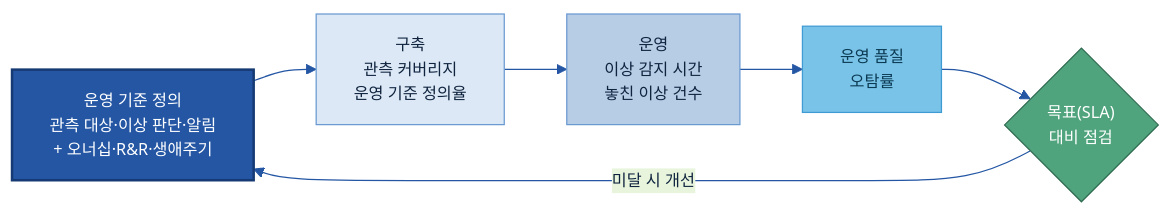
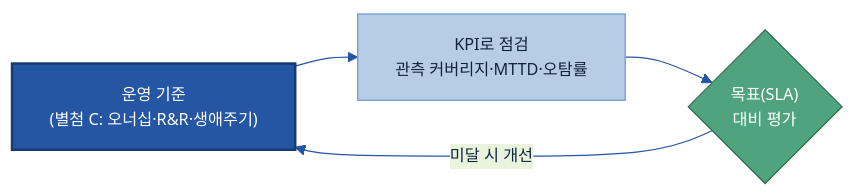
The fifth of 5 diagrams in 가이드 작성/C-1 Observability/C-1 Observability.md (jin-kearney/ai-ready-data-manual), drawn with Mermaid before and after one commit. The commit also changed other lines of this file and 3 other files, not shown here.

````diff
--- a/가이드 작성/C-1 Observability/C-1 Observability.md
+++ b/가이드 작성/C-1 Observability/C-1 Observability.md
@@ -433,16 +429,11 @@
 ```mermaid
 %%{init: {'theme':'base','themeVariables':{'primaryColor':'#DCE8F5','primaryBorderColor':'#2456A4','primaryTextColor':'#10243f','lineColor':'#2456A4','clusterBkg':'#EEF4FB','clusterBorder':'#6B9AD1','fontSize':'13px'}}}%%
 flowchart LR
-    STD["운영 기준 정의<br/>관측 대상·이상 판단·알림<br/>+ 오너십·R&R·생애주기"]:::std
-    T1["구축<br/>관측 커버리지<br/>운영 기준 정의율"]:::t1
-    T2["운영<br/>이상 감지 시간<br/>놓친 이상 건수"]:::t2
-    T3["운영 품질<br/>오탐률"]:::t3
-    G{"목표(SLA)<br/>대비 점검"}:::gate
-    STD --> T1 --> T2 --> T3 --> G
-    G -->|미달 시 개선| STD
+    STD["운영 기준<br/>(별첨 C: 오너십·R&R·생애주기)"]:::std
+    K["KPI로 점검<br/>관측 커버리지·MTTD·오탐률"]:::mid
+    G{"목표(SLA)<br/>대비 평가"}:::gate
+    STD --> K --> G -->|미달 시 개선| STD
     classDef std fill:#2456A4,color:#fff,stroke:#163a73,stroke-width:2px;
-    classDef t1 fill:#DCE8F5,stroke:#6B9AD1,color:#10243f;
-    classDef t2 fill:#B7CDE6,stroke:#6B9AD1,color:#10243f;
-    classDef t3 fill:#79C3E8,stroke:#3F9BD4,color:#0b3a52;
+    classDef mid fill:#B7CDE6,stroke:#6B9AD1,color:#10243f;
     classDef gate fill:#4FA47D,stroke:#2f6b50,color:#fff;
 ```
````
